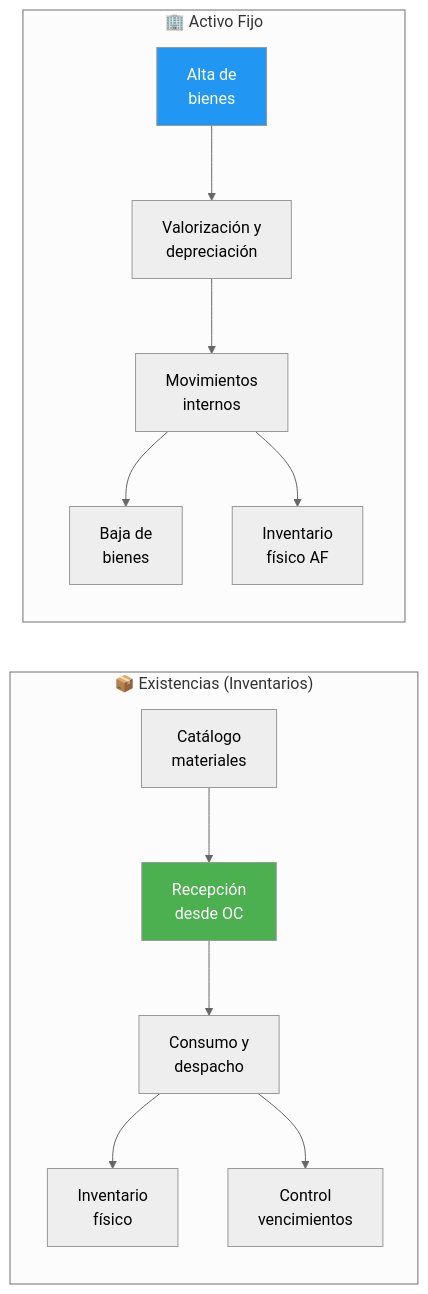
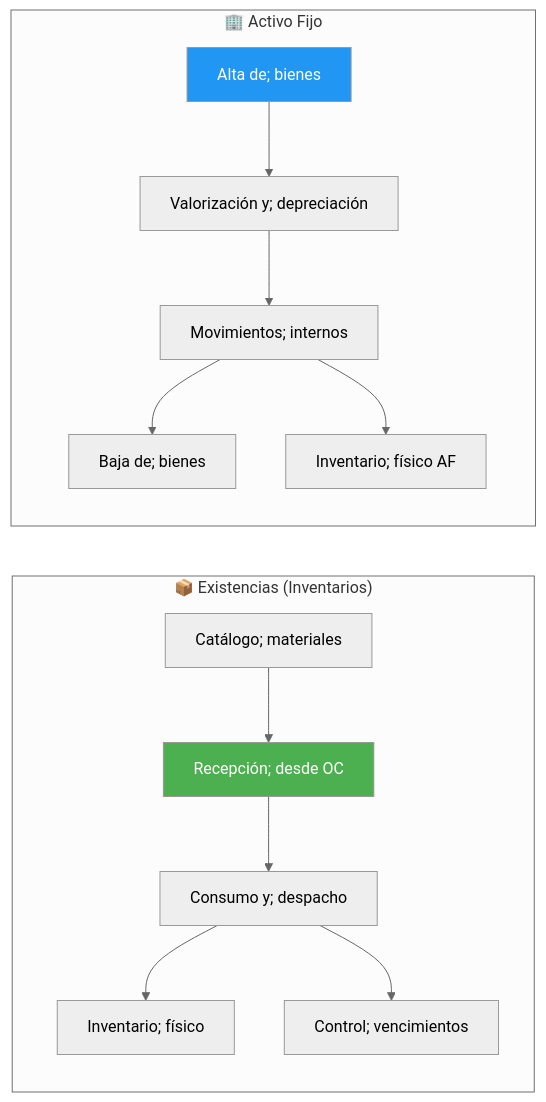
One commit to felix-antonio-sl/kora changed the first of 12 diagrams in drafts/gn/bpmn/bpmn-d05-inventarios-activo-fijo.md. Above: the diagram before and after it, drawn with Mermaid (neutral theme). The commit also changed other lines of this file and 265 other files, not shown here.

````diff
--- a/drafts/gn/bpmn/bpmn-d05-inventarios-activo-fijo.md
+++ b/drafts/gn/bpmn/bpmn-d05-inventarios-activo-fijo.md
@@ -74,24 +66,27 @@
 ```mermaid
 flowchart LR
-    subgraph EXISTENCIAS["📦 Existencias (Inventarios)"]
-        P1A["Catálogo<br/>materiales"]
-        P1B["Recepción<br/>desde OC"]
-        P1C["Consumo y<br/>despacho"]
-        P1D["Inventario<br/>físico"]
-        P1E["Control<br/>vencimientos"]
-    end
-    subgraph ACTIVO_FIJO["🏢 Activo Fijo"]
-        P2A["Alta de<br/>bienes"]
-        P2B["Valorización y<br/>depreciación"]
-        P2C["Movimientos<br/>internos"]
-        P2D["Baja de<br/>bienes"]
-        P2E["Inventario<br/>físico AF"]
-    end
-    P1A --> P1B --> P1C --> P1D
-    P1C --> P1E
-    P2A --> P2B --> P2C
-    P2C --> P2D
-    P2C --> P2E
-    style P1B fill:#4CAF50,color:#fff
-    style P2A fill:#2196F3,color:#fff
+ subgraph EXISTENCIAS["📦 Existencias (Inventarios)"]
+ P1A["Catálogo; materiales"]
+ P1B["Recepción; desde OC"]
+ P1C["Consumo y; despacho"]
+ P1D["Inventario; físico"]
+ P1E["Control; vencimientos"]
+ end
+
+ subgraph ACTIVO_FIJO["🏢 Activo Fijo"]
+ P2A["Alta de; bienes"]
+ P2B["Valorización y; depreciación"]
+ P2C["Movimientos; internos"]
+ P2D["Baja de; bienes"]
+ P2E["Inventario; físico AF"]
+ end
+
+ P1A --> P1B --> P1C --> P1D
+ P1C --> P1E
+ P2A --> P2B --> P2C
+ P2C --> P2D
+ P2C --> P2E
+
+ style P1B fill:#4CAF50,color:#fff
+ style P2A fill:#2196F3,color:#fff
 ```
````
